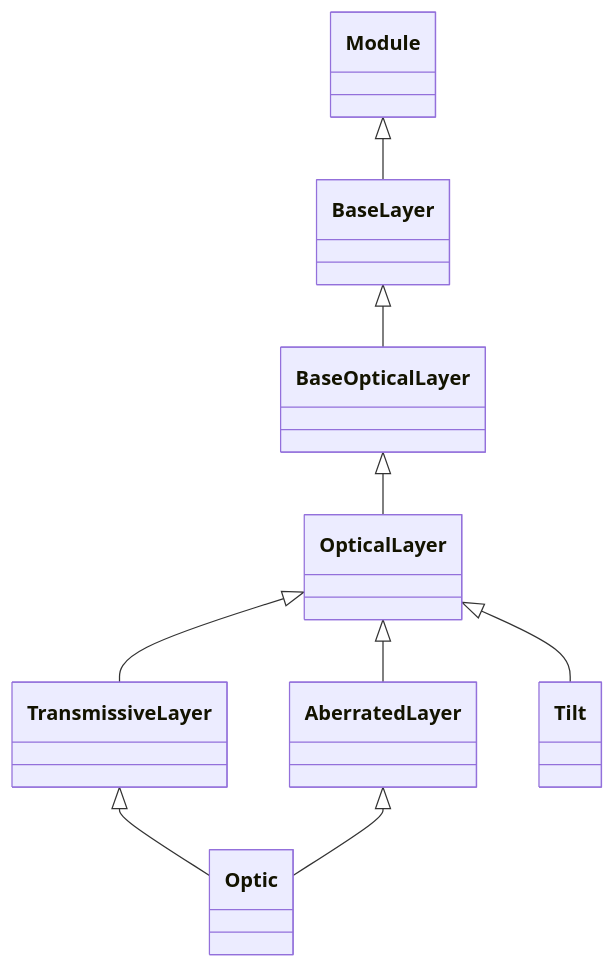
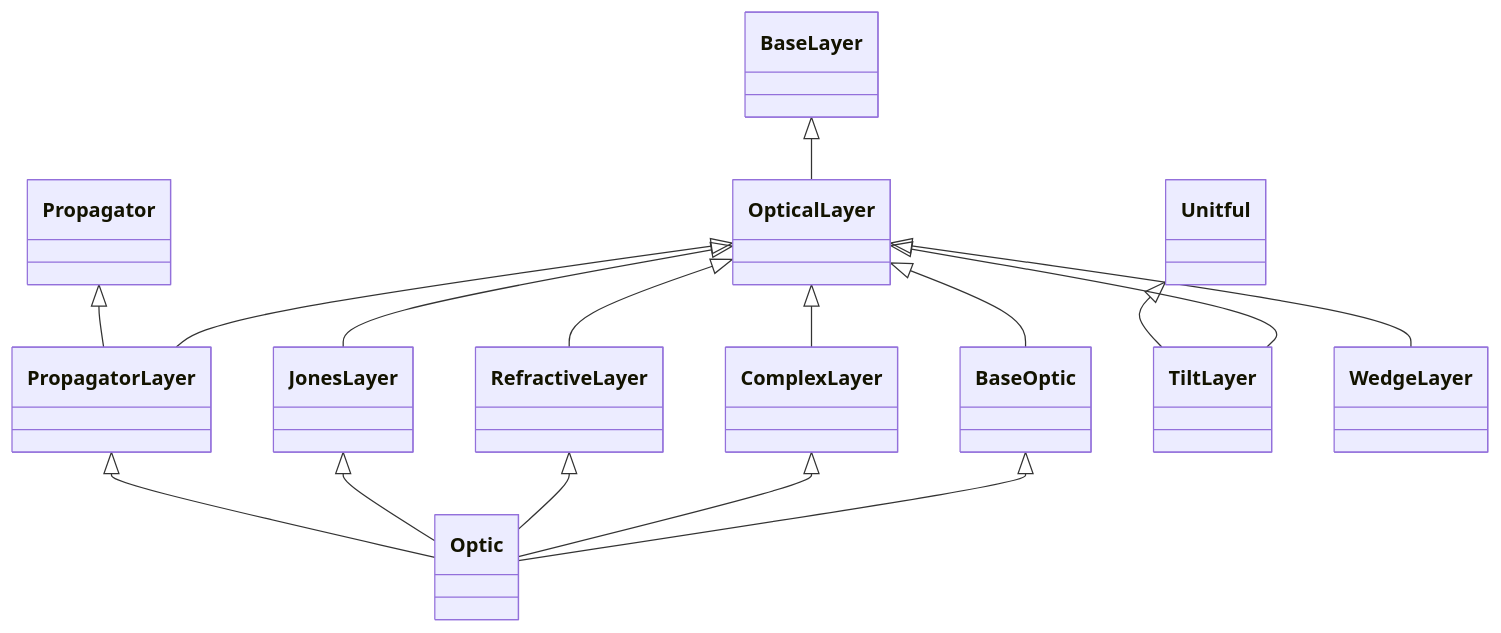
One commit to LouisDesdoigts/dLux changed the diagram in docs/API/layers/optical.md. Above: the diagram before and after it, drawn with Mermaid. The commit also changed other lines of this file and 160 other files, not shown here.

````diff
--- a/docs/API/layers/optical.md
+++ b/docs/API/layers/optical.md
@@ -7,26 +7,40 @@
 ```mermaid
 classDiagram
-    class dLux_layers_optical_BaseLayer["BaseLayer"]
-    class dLux_layers_optical_BaseOpticalLayer["BaseOpticalLayer"]
+    direction TB
     class dLux_layers_optical_OpticalLayer["OpticalLayer"]
-    class dLux_layers_optical_TransmissiveLayer["TransmissiveLayer"]
-    class dLux_layers_optical_AberratedLayer["AberratedLayer"]
+    class dLux_layers_optical_ComplexLayer["ComplexLayer"]
+    class dLux_layers_optical_BaseOptic["BaseOptic"]
+    class dLux_layers_optical_RefractiveLayer["RefractiveLayer"]
+    class dLux_layers_optical_JonesLayer["JonesLayer"]
+    class dLux_layers_optical_PropagatorLayer["PropagatorLayer"]
     class dLux_layers_optical_Optic["Optic"]
-    class dLux_layers_optical_Tilt["Tilt"]
-    class zodiax_module_Module["Module"]
-    zodiax_module_Module <|-- dLux_layers_optical_BaseLayer
-    click dLux_layers_optical_BaseLayer href "#dLux.layers.optical.BaseLayer" "Methods: apply()"
-    dLux_layers_optical_BaseLayer <|-- dLux_layers_optical_BaseOpticalLayer
-    click dLux_layers_optical_BaseOpticalLayer href "#dLux.layers.optical.BaseOpticalLayer" "Methods: apply_mono(), apply()"
-    dLux_layers_optical_BaseOpticalLayer <|-- dLux_layers_optical_OpticalLayer
-    click dLux_layers_optical_OpticalLayer href "#dLux.layers.optical.OpticalLayer" "Methods: context()"
-    dLux_layers_optical_OpticalLayer <|-- dLux_layers_optical_TransmissiveLayer
-    click dLux_layers_optical_TransmissiveLayer href "#dLux.layers.optical.TransmissiveLayer" "Attributes: transmission, normalise · Methods: apply_mono()"
-    dLux_layers_optical_OpticalLayer <|-- dLux_layers_optical_AberratedLayer
-    click dLux_layers_optical_AberratedLayer href "#dLux.layers.optical.AberratedLayer" "Attributes: opd, phase · Methods: apply_mono()"
-    dLux_layers_optical_TransmissiveLayer <|-- dLux_layers_optical_Optic
-    dLux_layers_optical_AberratedLayer <|-- dLux_layers_optical_Optic
-    click dLux_layers_optical_Optic href "#dLux.layers.optical.Optic" "Attributes: transmission, opd, phase, amplitude, jones, thickness, n, propagator, normalise · Methods: phasor(), apply(), apply_mono()"
-    dLux_layers_optical_OpticalLayer <|-- dLux_layers_optical_Tilt
-    click dLux_layers_optical_Tilt href "#dLux.layers.optical.Tilt" "Attributes: angles, unit · Methods: apply_mono()"
+    class dLux_layers_optical_TiltLayer["TiltLayer"]
+    class dLux_layers_optical_WedgeLayer["WedgeLayer"]
+    class dLux_utils_numerical_units_Unitful["Unitful"]
+    class dLux_utils_propagation_propagators_Propagator["Propagator"]
+    class dLux_utils_sequential_BaseLayer["BaseLayer"]
+    dLux_utils_sequential_BaseLayer <|-- dLux_layers_optical_OpticalLayer
+    click dLux_layers_optical_OpticalLayer href "#dLux.layers.optical.OpticalLayer" "Methods: apply_mono(), apply(), context(), __init__()"
+    dLux_layers_optical_OpticalLayer <|-- dLux_layers_optical_ComplexLayer
+    click dLux_layers_optical_ComplexLayer href "#dLux.layers.optical.ComplexLayer" "Attributes: amplitude, phase · Methods: __init__(), modulation(), apply_mono()"
+    dLux_layers_optical_OpticalLayer <|-- dLux_layers_optical_BaseOptic
+    click dLux_layers_optical_BaseOptic href "#dLux.layers.optical.BaseOptic" "Attributes: transmission, opd, normalise · Methods: __init__(), resolve_local(), modulation(), apply_mono()"
+    dLux_layers_optical_OpticalLayer <|-- dLux_layers_optical_RefractiveLayer
+    click dLux_layers_optical_RefractiveLayer href "#dLux.layers.optical.RefractiveLayer" "Attributes: thickness, n · Methods: __init__(), modulation(), apply_mono()"
+    dLux_layers_optical_OpticalLayer <|-- dLux_layers_optical_JonesLayer
+    click dLux_layers_optical_JonesLayer href "#dLux.layers.optical.JonesLayer" "Attributes: jones · Methods: __init__(), apply_mono(), apply_jones()"
+    dLux_layers_optical_OpticalLayer <|-- dLux_layers_optical_PropagatorLayer
+    dLux_utils_propagation_propagators_Propagator <|-- dLux_layers_optical_PropagatorLayer
+    click dLux_layers_optical_PropagatorLayer href "#dLux.layers.optical.PropagatorLayer" "Attributes: abcd, grid_out, focal_length, defocus, inverse · Methods: __init__(), propagate(), apply(), apply_mono()"
+    dLux_layers_optical_BaseOptic <|-- dLux_layers_optical_Optic
+    dLux_layers_optical_ComplexLayer <|-- dLux_layers_optical_Optic
+    dLux_layers_optical_RefractiveLayer <|-- dLux_layers_optical_Optic
+    dLux_layers_optical_JonesLayer <|-- dLux_layers_optical_Optic
+    dLux_layers_optical_PropagatorLayer <|-- dLux_layers_optical_Optic
+    click dLux_layers_optical_Optic href "#dLux.layers.optical.Optic" "Attributes: abcd, grid_out, focal_length, defocus, inverse, jones, thickness, n, amplitude, phase, transmission, opd, normalise, grid, transform · Methods: __init__(), context(), modulation(), scalar_phasor(), phasor(), apply_scalar(), apply_local(), apply(), apply_mono()"
+    dLux_layers_optical_OpticalLayer <|-- dLux_layers_optical_TiltLayer
+    dLux_utils_numerical_units_Unitful <|-- dLux_layers_optical_TiltLayer
+    click dLux_layers_optical_TiltLayer href "#dLux.layers.optical.TiltLayer" "Attributes: angles, unit · Methods: __init__(), apply_mono()"
+    dLux_layers_optical_OpticalLayer <|-- dLux_layers_optical_WedgeLayer
+    click dLux_layers_optical_WedgeLayer href "#dLux.layers.optical.WedgeLayer" "Attributes: angle, n · Methods: __init__(), apply_mono()"
 ```
````
